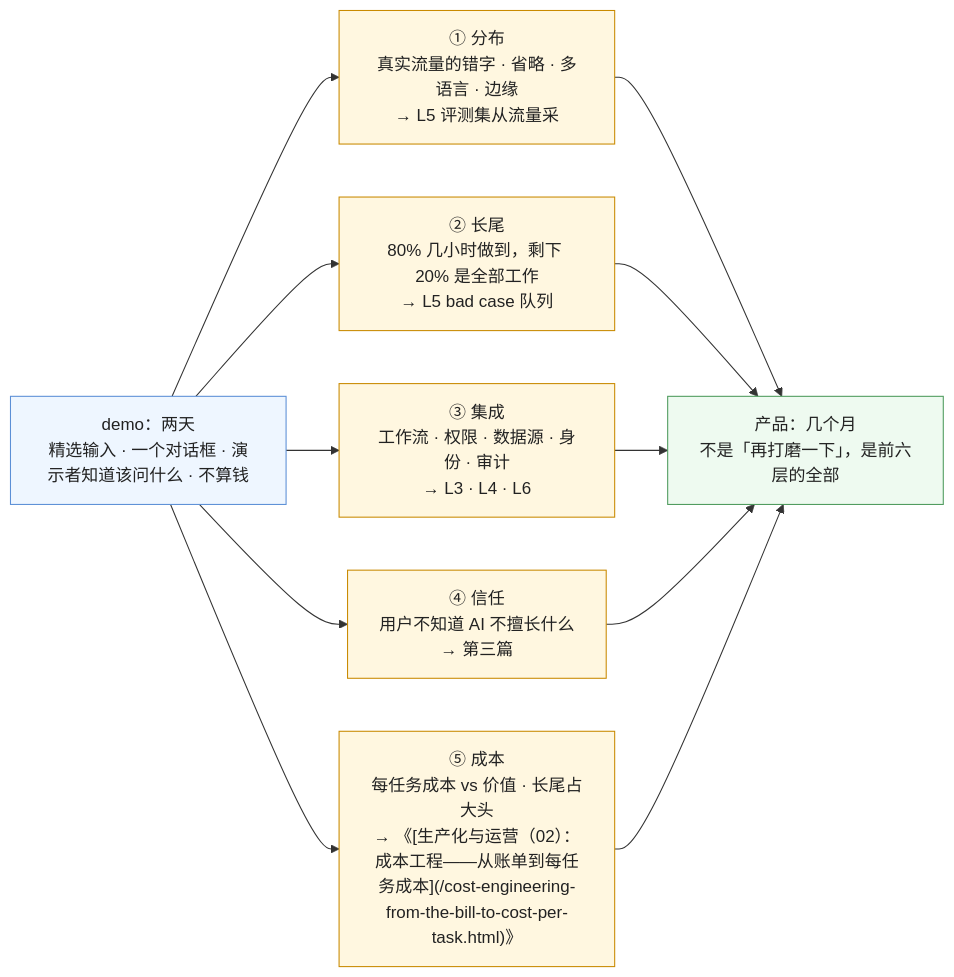
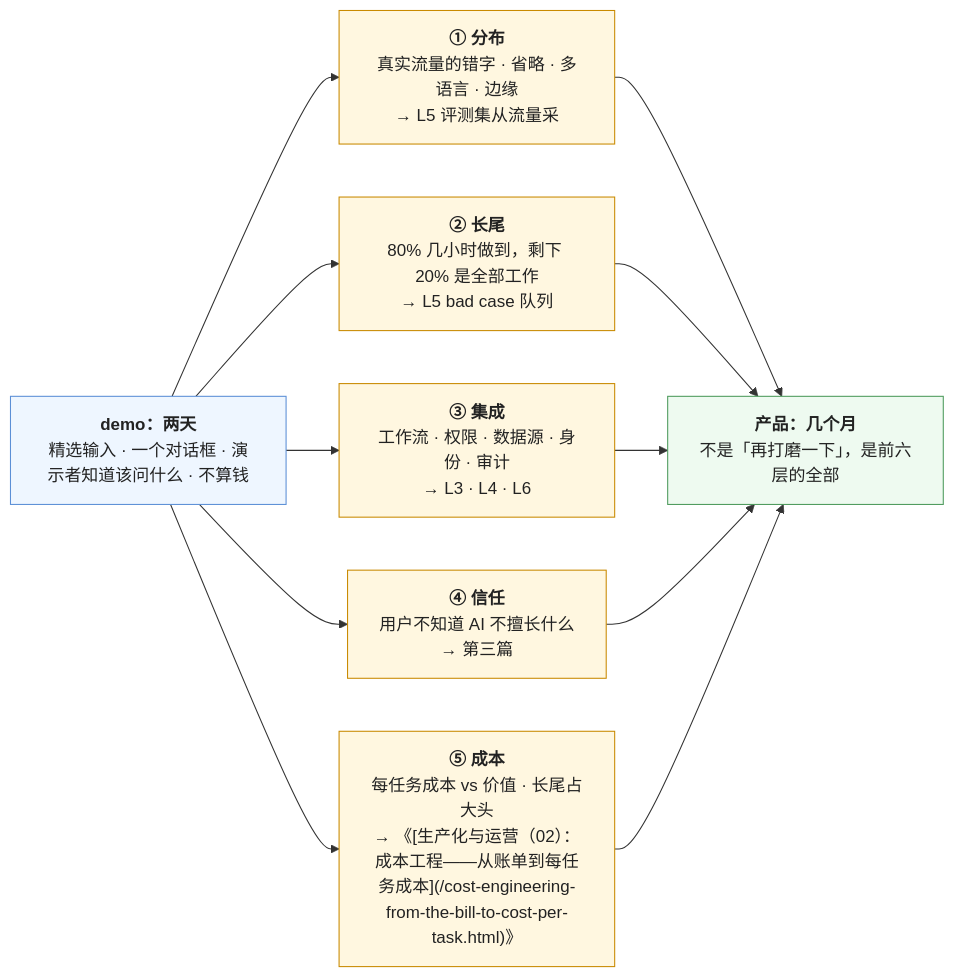
One commit to arganzheng/arganzheng.github.com changed the fifth of 5 diagrams in _posts/2026-11-16-choosing-ai-scenarios-the-jagged-frontier-and-the-demo-to-product-gap.md. Above: the diagram before and after it, drawn with Mermaid. The commit also changed other lines of this file and 5 other files, not shown here.

First line of the commit message:
产品与体验：把不确定的能力做成可信的产品：Mermaid 多行方框的首行标为标题（6 篇）

````diff
--- a/_posts/2026-11-16-choosing-ai-scenarios-the-jagged-frontier-and-the-demo-to-product-gap.md
+++ b/_posts/2026-11-16-choosing-ai-scenarios-the-jagged-frontier-and-the-demo-to-product-gap.md
@@ -184,16 +184,16 @@
 ```mermaid
 %% 图：demo 到产品的五道鸿沟各对应前面哪一层——分布（精选输入 → 真实长尾：L5 评测集从流量采）、长尾（80% 几小时 → 剩下 20% 是全部工作：bad case 队列）、集成（对话框 → 工作流、权限、数据源、审计：L3 / L4 / L6）、信任（演示者知道问什么 → 用户会问边界外：第三篇）、成本（不算钱 → 每任务成本 vs 价值：L6）
 flowchart LR
-    D["demo：两天<br/>精选输入 · 一个对话框 · 演示者知道该问什么 · 不算钱"] --> G1["① 分布<br/>真实流量的错字 · 省略 · 多语言 · 边缘<br/>→ L5 评测集从流量采"]
-    D --> G2["② 长尾<br/>80% 几小时做到，剩下 20% 是全部工作<br/>→ L5 bad case 队列"]
-    D --> G3["③ 集成<br/>工作流 · 权限 · 数据源 · 身份 · 审计<br/>→ L3 · L4 · L6"]
-    D --> G4["④ 信任<br/>用户不知道 AI 不擅长什么<br/>→ 第三篇"]
-    D --> G5["⑤ 成本<br/>每任务成本 vs 价值 · 长尾占大头<br/>→ 《[生产化与运营（02）：成本工程——从账单到每任务成本](/cost-engineering-from-the-bill-to-cost-per-task.html)》"]
-    G1 & G2 & G3 & G4 & G5 --> P["产品：几个月<br/>不是「再打磨一下」，是前六层的全部"]
+    D["<b>demo：两天</b><br/>精选输入 · 一个对话框 · 演示者知道该问什么 · 不算钱"] --> G1["<b>① 分布</b><br/>真实流量的错字 · 省略 · 多语言 · 边缘<br/>→ L5 评测集从流量采"]
+    D --> G2["<b>② 长尾</b><br/>80% 几小时做到，剩下 20% 是全部工作<br/>→ L5 bad case 队列"]
+    D --> G3["<b>③ 集成</b><br/>工作流 · 权限 · 数据源 · 身份 · 审计<br/>→ L3 · L4 · L6"]
+    D --> G4["<b>④ 信任</b><br/>用户不知道 AI 不擅长什么<br/>→ 第三篇"]
+    D --> G5["<b>⑤ 成本</b><br/>每任务成本 vs 价值 · 长尾占大头<br/>→ 《[生产化与运营（02）：成本工程——从账单到每任务成本](/cost-engineering-from-the-bill-to-cost-per-task.html)》"]
+    G1 & G2 & G3 & G4 & G5 --> P["<b>产品：几个月</b><br/>不是「再打磨一下」，是前六层的全部"]
     classDef d fill:#eef6ff,stroke:#5b8fd6,color:#222
     classDef g fill:#fff7e0,stroke:#c98a00,color:#222
     classDef p fill:#eefaf0,stroke:#4d9a5c,color:#222
     class D d
     class G1,G2,G3,G4,G5 g
     class P p
 ```
````
